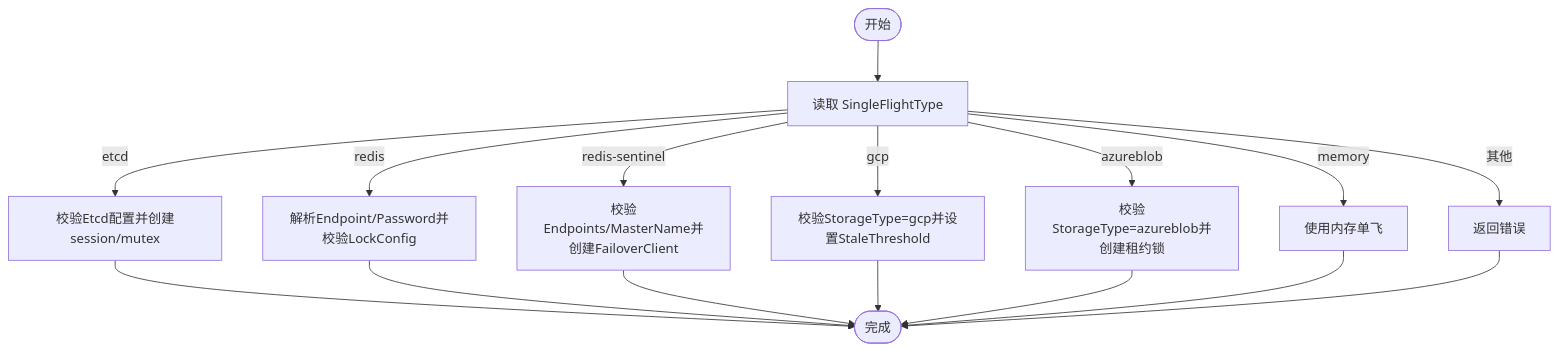
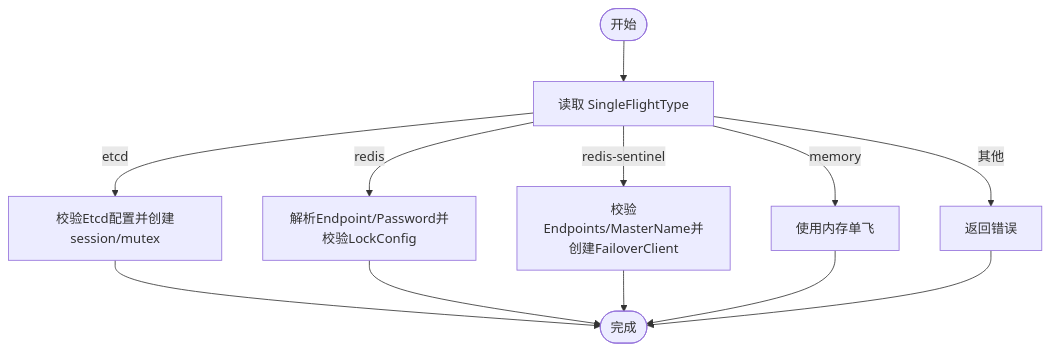
The third of 4 diagrams in .qoder/repowiki/zh/content/配置参考/高级配置/SingleFlight分布式锁配置.md (leimeng-go/athens), drawn with Mermaid before and after one commit. The commit also changed other lines of this file and 14 other files, not shown here.

````diff
--- a/.qoder/repowiki/zh/content/配置参考/高级配置/SingleFlight分布式锁配置.md
+++ b/.qoder/repowiki/zh/content/配置参考/高级配置/SingleFlight分布式锁配置.md
@@ -139,18 +146,14 @@
 ```mermaid
 flowchart TD
 Start(["开始"]) --> CheckType["读取 SingleFlightType"]
 CheckType --> |memory| UseMem["使用内存单飞"]
 CheckType --> |etcd| UseEtcd["校验Etcd配置并创建session/mutex"]
 CheckType --> |redis| UseRedis["解析Endpoint/Password并校验LockConfig"]
 CheckType --> |redis-sentinel| UseSentinel["校验Endpoints/MasterName并创建FailoverClient"]
-CheckType --> |gcp| UseGCP["校验StorageType=gcp并设置StaleThreshold"]
-CheckType --> |azureblob| UseAzure["校验StorageType=azureblob并创建租约锁"]
 CheckType --> |其他| Error["返回错误"]
 UseEtcd --> Done(["完成"])
 UseRedis --> Done
 UseSentinel --> Done
-UseGCP --> Done
-UseAzure --> Done
 UseMem --> Done
 Error --> Done
 ```
````
